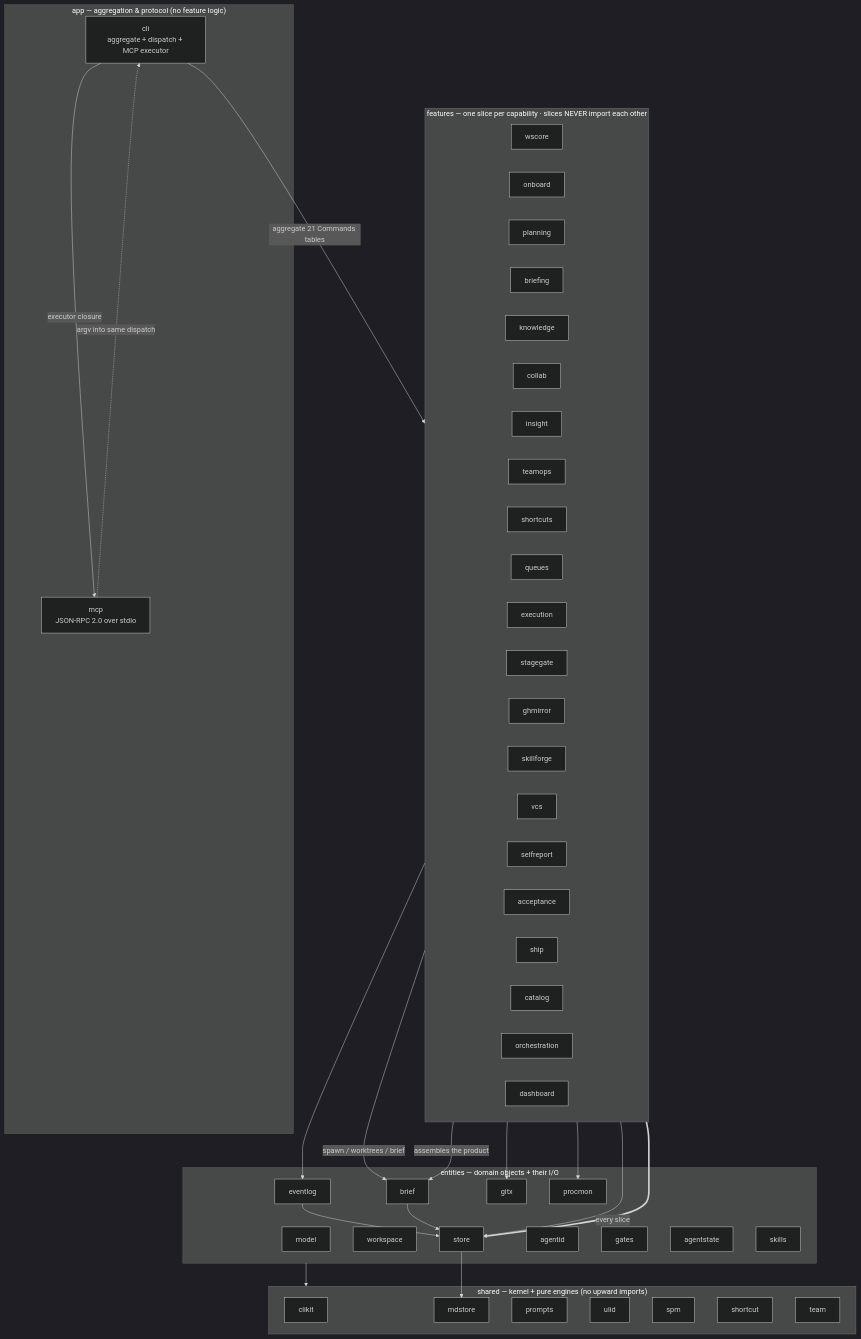
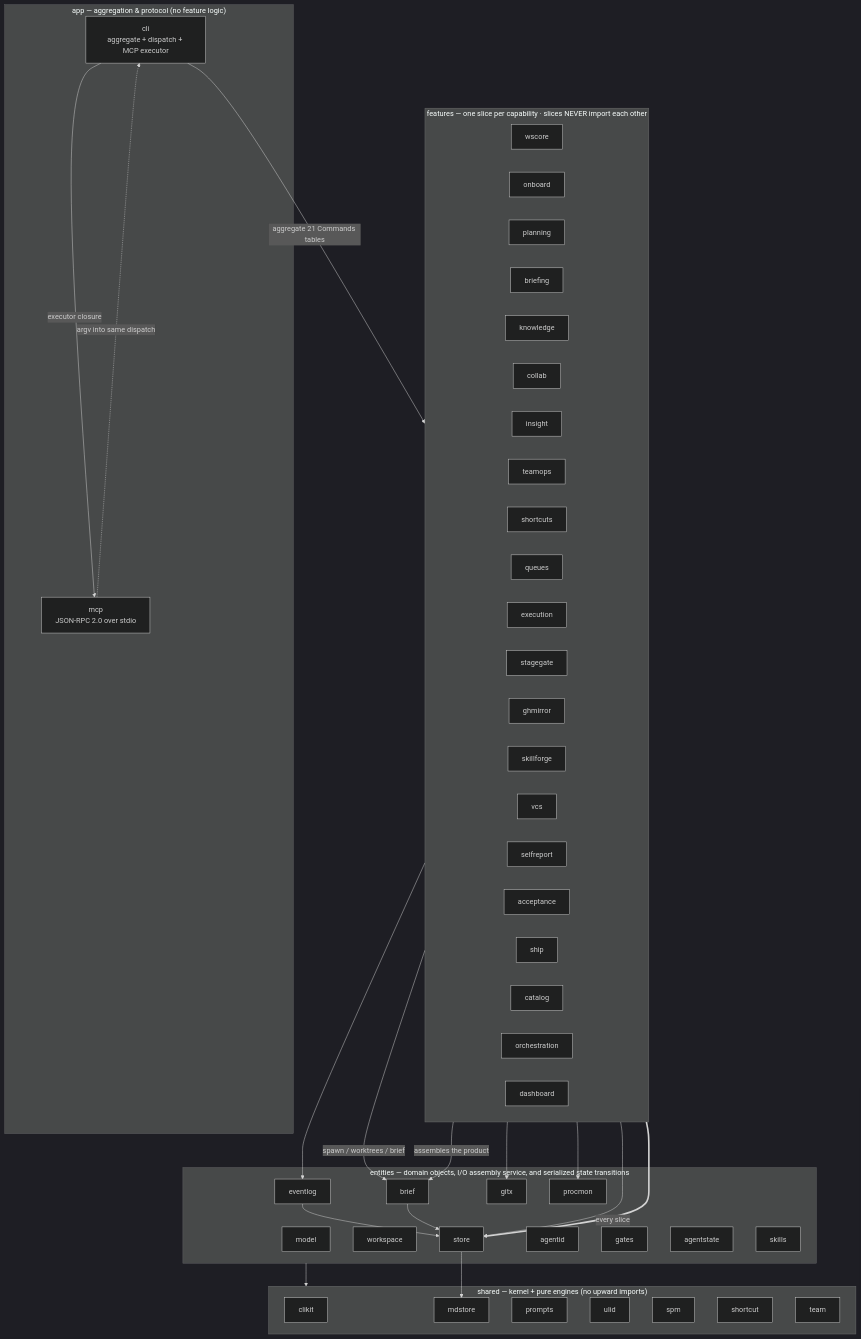
The first of 4 diagrams in docs/DIAGRAMS.md (mlnomadpy/dacli), drawn with Mermaid (dark theme) before and after one commit. The commit also changed other lines of this file and 4 other files, not shown here.

First line of the commit message:
t-01M0AEG5QK6WDSJQBZTG7Z8JWW: reconcile normative architecture with implemented state

````diff
--- a/docs/DIAGRAMS.md
+++ b/docs/DIAGRAMS.md
@@ -15,42 +15,42 @@
 ```mermaid
 graph TD
     subgraph APP["app — aggregation &amp; protocol (no feature logic)"]
         cli["cli<br/>aggregate + dispatch + MCP executor"]
         mcp["mcp<br/>JSON-RPC 2.0 over stdio"]
     end
 
     subgraph FEAT["features — one slice per capability · slices NEVER import each other"]
         direction LR
         wscore & onboard & planning & briefing & knowledge
         collab & insight & teamops & shortcuts & queues
         execution & stagegate & ghmirror & skillforge & vcs
         selfreport & acceptance & ship & catalog & orchestration & dashboard
     end
 
-    subgraph ENT["entities — domain objects + their I/O"]
+    subgraph ENT["entities — domain objects, I/O assembly service, and serialized state transitions"]
         model & workspace & store & eventlog & agentid & brief
         gates & gitx & procmon & agentstate & skills
     end
 
     subgraph SHARED["shared — kernel + pure engines (no upward imports)"]
         clikit & mdstore & prompts & ulid
         spm & shortcut & team
     end
 
     cli -->|aggregate 21 Commands tables| FEAT
     cli -->|executor closure| mcp
     mcp -.->|argv into same dispatch| cli
 
     execution -->|spawn / worktrees / brief| brief
     execution --> gitx
     execution --> procmon
     briefing -->|assembles the product| brief
     planning --> store
     planning --> eventlog
     FEAT ==>|every slice| store
 
     store --> mdstore
     eventlog --> store
     brief --> store
     ENT --> SHARED
 ```
````
